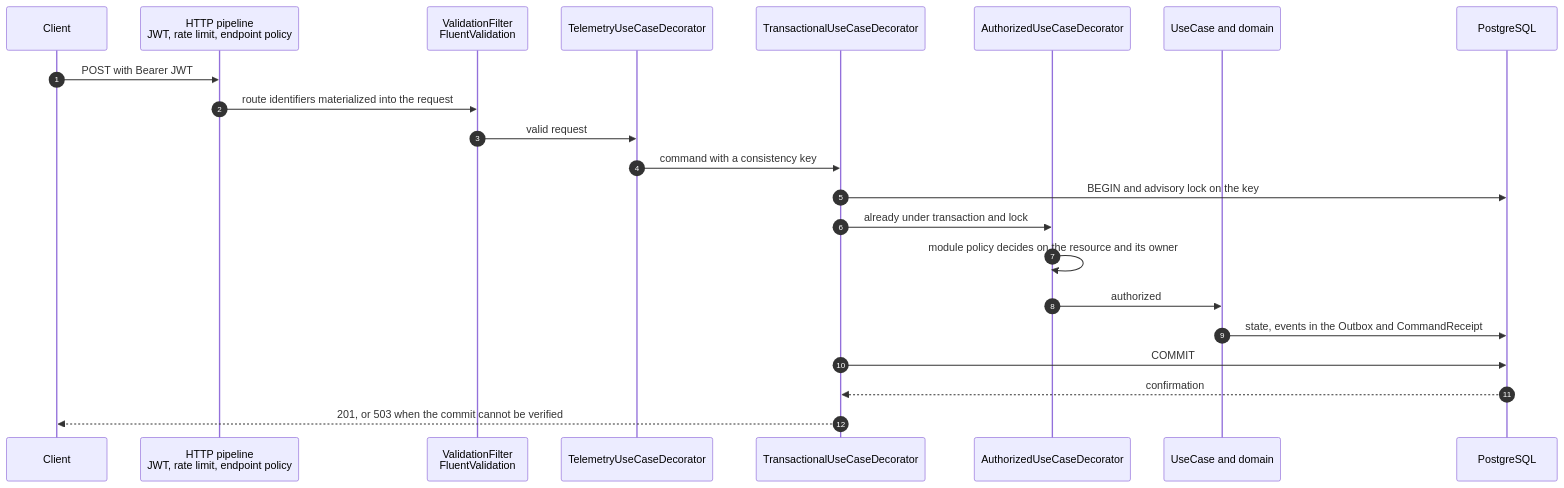
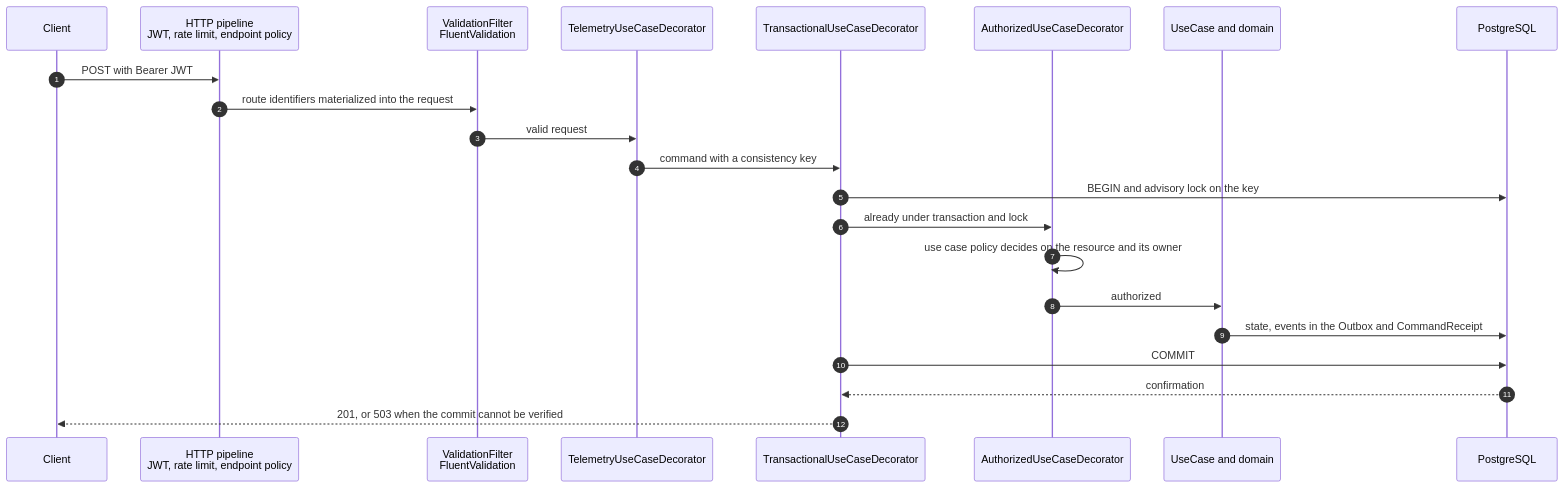
One commit to thiagocorreanet/dotnet-standards-template changed the third of 4 diagrams in README.md. Above: the diagram before and after it, drawn with Mermaid. The commit also changed other lines of this file and 7 other files, not shown here.

````diff
--- a/README.md
+++ b/README.md
@@ -65,25 +65,25 @@
 ```mermaid
 sequenceDiagram
     autonumber
     participant C as Client
     participant P as HTTP pipeline<br/>JWT, rate limit, endpoint policy
     participant V as ValidationFilter<br/>FluentValidation
     participant T as TelemetryUseCaseDecorator
     participant X as TransactionalUseCaseDecorator
     participant A as AuthorizedUseCaseDecorator
     participant U as UseCase and domain
     participant PG as PostgreSQL
 
     C->>P: POST with Bearer JWT
     P->>V: route identifiers materialized into the request
     V->>T: valid request
     T->>X: command with a consistency key
     X->>PG: BEGIN and advisory lock on the key
     X->>A: already under transaction and lock
-    A->>A: module policy decides on the resource and its owner
+    A->>A: use case policy decides on the resource and its owner
     A->>U: authorized
     U->>PG: state, events in the Outbox and CommandReceipt
     X->>PG: COMMIT
     PG-->>X: confirmation
     X-->>C: 201, or 503 when the commit cannot be verified
 ```
````
